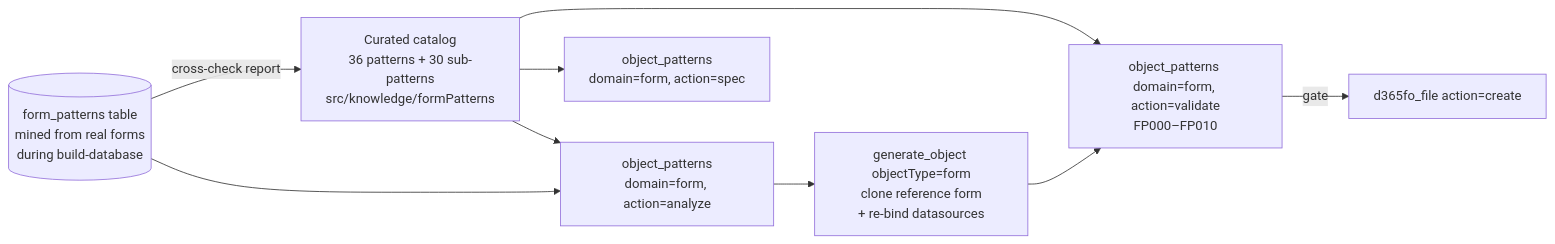
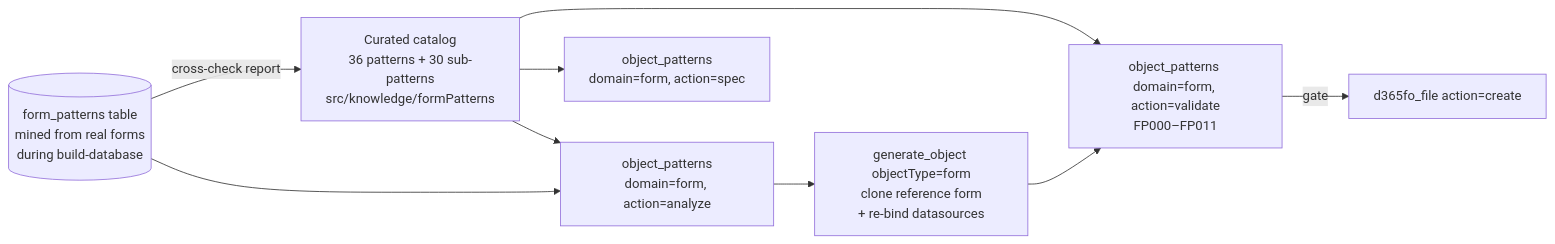
Before and after one commit to dynamics365ninja/d365fo-mcp-server: the third of 6 diagrams in docs/ARCHITECTURE.md, drawn with Mermaid. The commit also changed other lines of this file and 64 other files, not shown here.

````diff
--- a/docs/ARCHITECTURE.md
+++ b/docs/ARCHITECTURE.md
@@ -104,11 +104,11 @@
 ```mermaid
 flowchart LR
     CAT["Curated catalog\n36 patterns + 30 sub-patterns\nsrc/knowledge/formPatterns"] --> ADV[object_patterns\ndomain=form, action=analyze]
     CAT --> SPEC[object_patterns\ndomain=form, action=spec]
-    CAT --> VAL[object_patterns domain=form, action=validate\nFP000–FP010]
+    CAT --> VAL[object_patterns domain=form, action=validate\nFP000–FP011]
     MINE[("form_patterns table\nmined from real forms\nduring build-database")] --> ADV
     MINE -->|cross-check report| CAT
     ADV --> GEN["generate_object objectType=form\nclone reference form\n+ re-bind datasources"]
     GEN --> VAL
     VAL -->|gate| WRITE[d365fo_file action=create]
 ```
````
